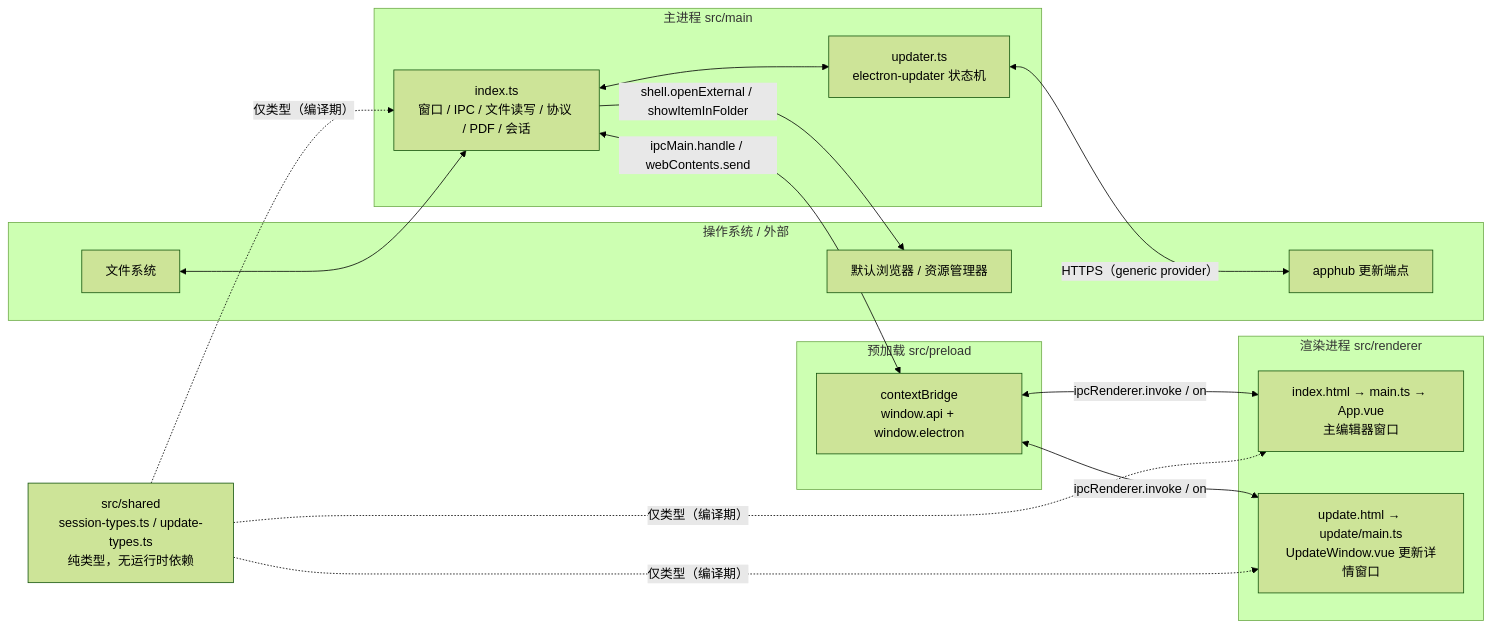
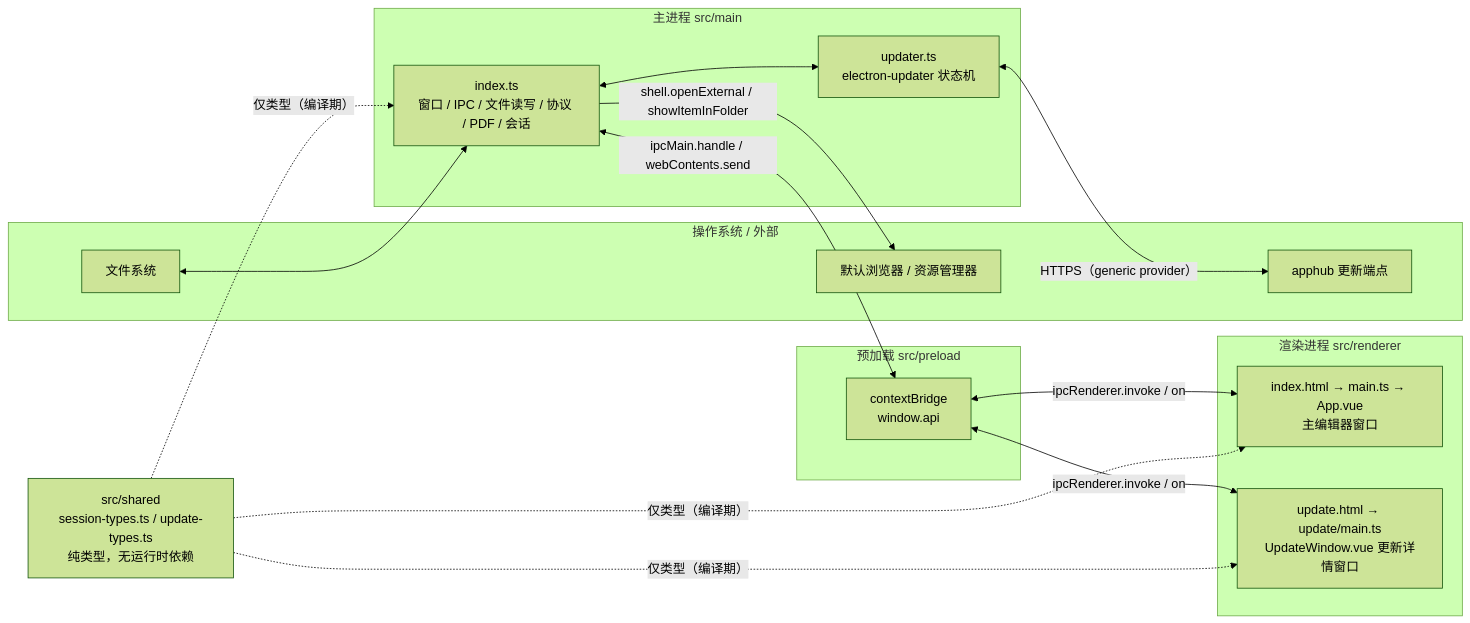
Before and after one commit to Harley-xk/mark-it: the first of 5 diagrams in docs/架构总览.md, drawn with Mermaid (forest theme). The commit also changed other lines of this file and 21 other files, not shown here.

````diff
--- a/docs/架构总览.md
+++ b/docs/架构总览.md
@@ -61,35 +61,35 @@
 ```mermaid
 flowchart LR
   subgraph OS["操作系统 / 外部"]
     FS["文件系统"]
     SHELL["默认浏览器 / 资源管理器"]
     APPHUB["apphub 更新端点"]
   end
 
   subgraph MAIN["主进程 src/main"]
     MI["index.ts<br/>窗口 / IPC / 文件读写 / 协议 / PDF / 会话"]
     MU["updater.ts<br/>electron-updater 状态机"]
   end
 
   subgraph PRELOAD["预加载 src/preload"]
-    PA["contextBridge<br/>window.api + window.electron"]
+    PA["contextBridge<br/>window.api"]
   end
 
   subgraph RENDERER["渲染进程 src/renderer"]
     R1["index.html → main.ts → App.vue<br/>主编辑器窗口"]
     R2["update.html → update/main.ts<br/>UpdateWindow.vue 更新详情窗口"]
   end
 
   SHARED["src/shared<br/>session-types.ts / update-types.ts<br/>纯类型，无运行时依赖"]
 
   FS <--> MI
   MI <--> MU
   MI <-->|"ipcMain.handle / webContents.send"| PA
   PA <-->|"ipcRenderer.invoke / on"| R1
   PA <-->|"ipcRenderer.invoke / on"| R2
   MU <-->|"HTTPS（generic provider）"| APPHUB
   MI -->|"shell.openExternal / showItemInFolder"| SHELL
   SHARED -.->|"仅类型（编译期）"| MI
   SHARED -.->|"仅类型（编译期）"| R1
   SHARED -.->|"仅类型（编译期）"| R2
 ```
````
